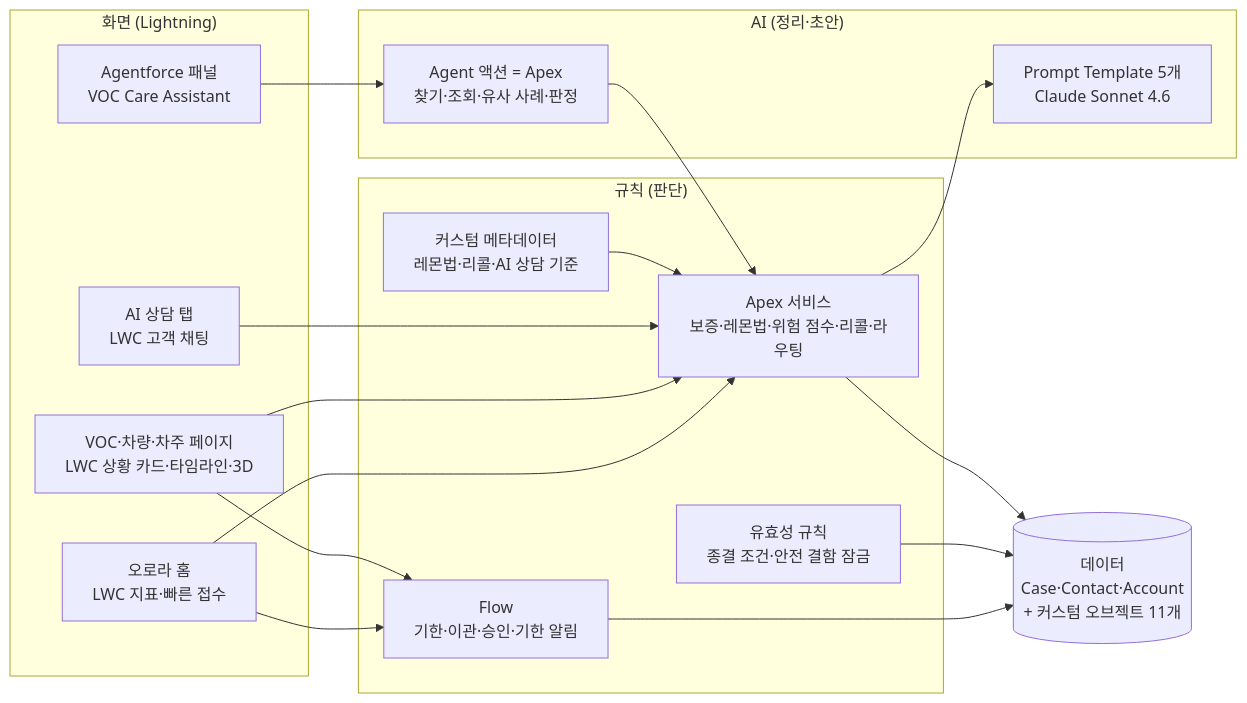
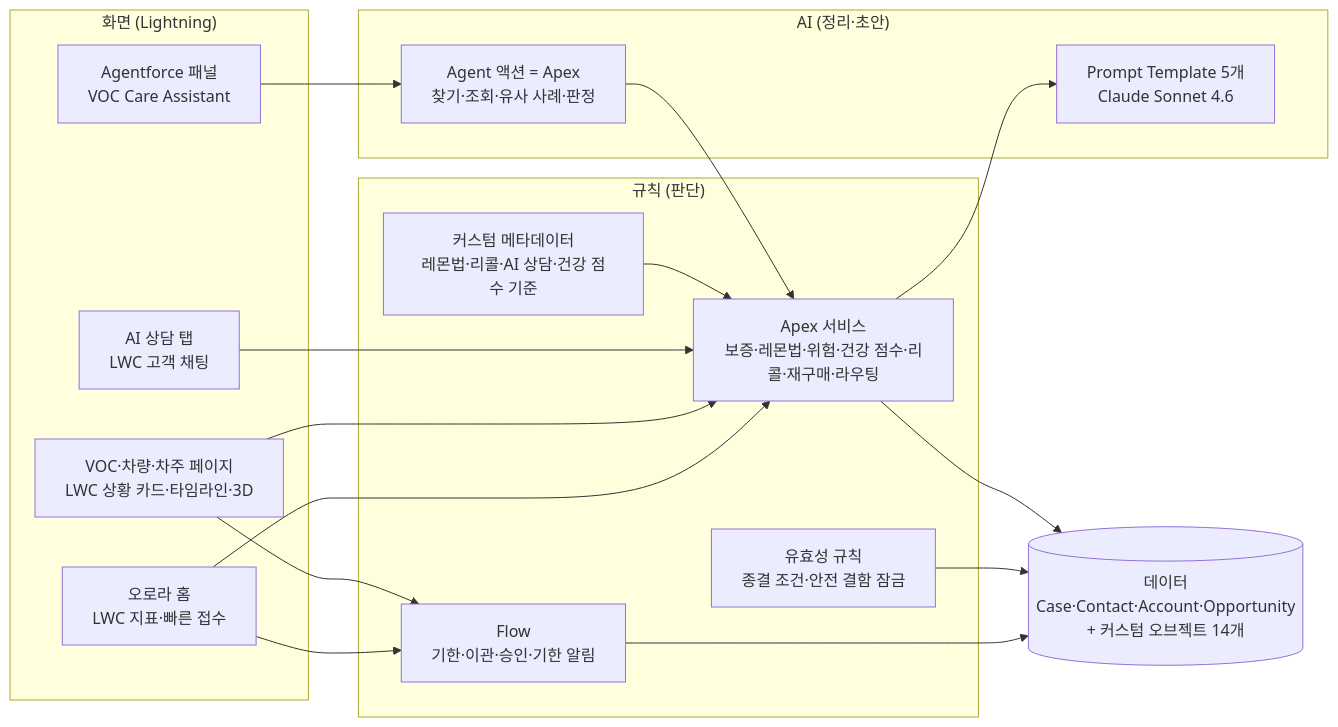
The first of 2 diagrams in README.md (jhheo51-arch/aurora-owners-360), drawn with Mermaid before and after one commit. The commit also changed other lines of this file and 162 other files, not shown here.

First line of the commit message:
v5 리텐션·재구매: 서비스 네트워크·리콜 캠페인·금융 만기 → 재구매 상담·고객 건강 점수

````diff
--- a/README.md
+++ b/README.md
@@ -88,26 +89,26 @@
 ```mermaid
 flowchart LR
     subgraph UI["화면 (Lightning)"]
         Home["오로라 홈<br/>LWC 지표·빠른 접수"]
         Rec["VOC·차량·차주 페이지<br/>LWC 상황 카드·타임라인·3D"]
         Chat["AI 상담 탭<br/>LWC 고객 채팅"]
         Panel["Agentforce 패널<br/>VOC Care Assistant"]
     end
     subgraph Rules["규칙 (판단)"]
         Flow["Flow<br/>기한·이관·승인·기한 알림"]
         VR["유효성 규칙<br/>종결 조건·안전 결함 잠금"]
-        Apex["Apex 서비스<br/>보증·레몬법·위험 점수·리콜·라우팅"]
-        CMDT["커스텀 메타데이터<br/>레몬법·리콜·AI 상담 기준"]
+        Apex["Apex 서비스<br/>보증·레몬법·위험·건강 점수·리콜·재구매·라우팅"]
+        CMDT["커스텀 메타데이터<br/>레몬법·리콜·AI 상담·건강 점수 기준"]
     end
     subgraph AI["AI (정리·초안)"]
         PT["Prompt Template 5개<br/>Claude Sonnet 4.6"]
         Act["Agent 액션 = Apex<br/>찾기·조회·유사 사례·판정"]
     end
-    Data[("데이터<br/>Case·Contact·Account<br/>+ 커스텀 오브젝트 11개")]
+    Data[("데이터<br/>Case·Contact·Account·Opportunity<br/>+ 커스텀 오브젝트 14개")]
     Home & Rec --> Flow & Apex
     Chat --> Apex
     Panel --> Act --> Apex
     Apex --> PT
     CMDT --> Apex
     Flow & VR & Apex --> Data
 ```
````
